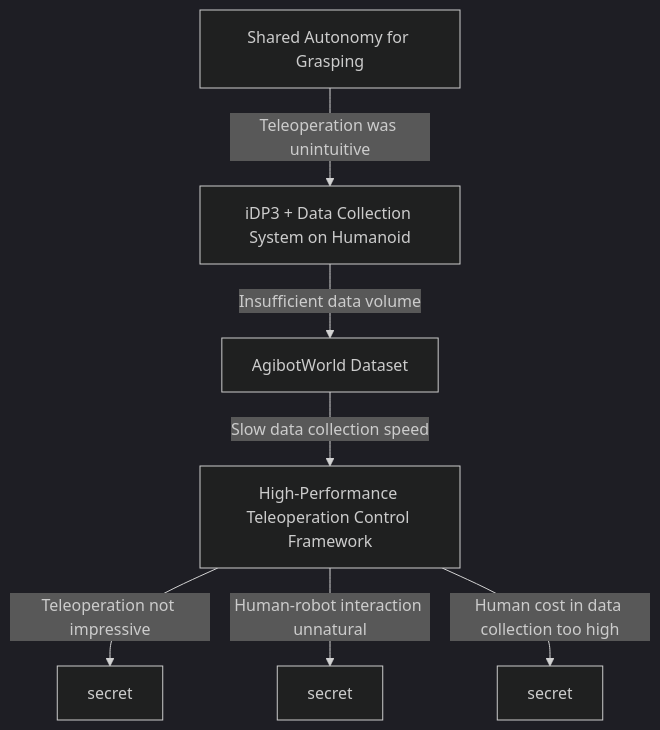
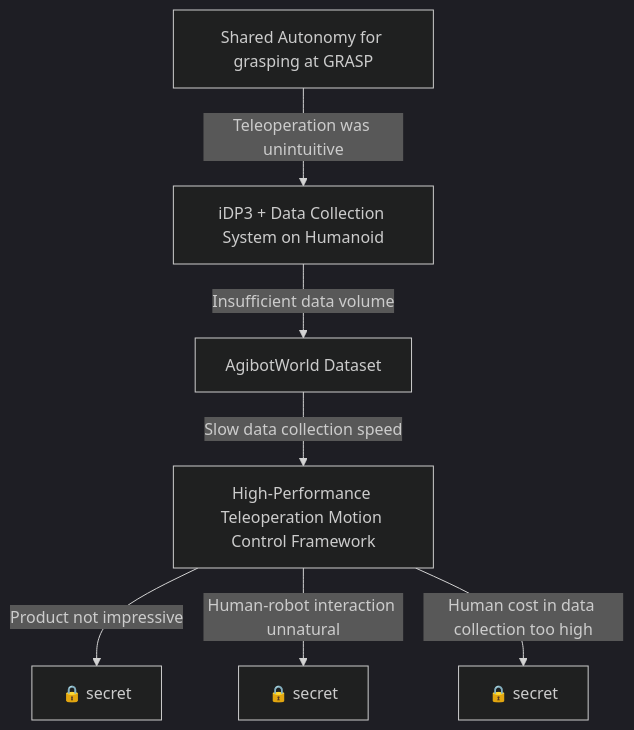
Before and after one commit to Hao-Starrr/Hao-Starrr.github.io: the diagram in _pages/research.md, drawn with Mermaid (dark theme). The commit also changed other lines of this file and 1 other file, not shown here.

Commit message:
test mermaid

```diff
--- a/_pages/research.md
+++ b/_pages/research.md
@@ -13,11 +17,18 @@
 <div class="mermaid">
 flowchart TD
-  A[Shared Autonomy for Grasping]
-  A -->|Teleoperation was unintuitive| B[iDP3 + Data Collection System on Humanoid]
-  B -->|Insufficient data volume| C[AgibotWorld Dataset]
-  C -->|Slow data collection speed| D[High-Performance Teleoperation Control Framework]
 
-  D -->|Teleoperation not impressive| E[secret]
-  D -->|Human-robot interaction unnatural| G[secret]
-  D -->|Human cost in data collection too high| F[secret]
+  A["Shared Autonomy for grasping at GRASP"]
+
+  A -->|Teleoperation was unintuitive| B["iDP3 + Data Collection System on Humanoid"]
+
+  B -->|Insufficient data volume| C["AgibotWorld Dataset"]
+
+  C -->|Slow data collection speed| D["High-Performance Teleoperation Motion Control Framework"]
+
+  D -->|Product not impressive| E["🔒 secret"]
+
+  D -->|Human-robot interaction unnatural| F["🔒 secret"]
+
+  D -->|Human cost in data collection too high| G["🔒 secret"]
+  
 </div>
```
